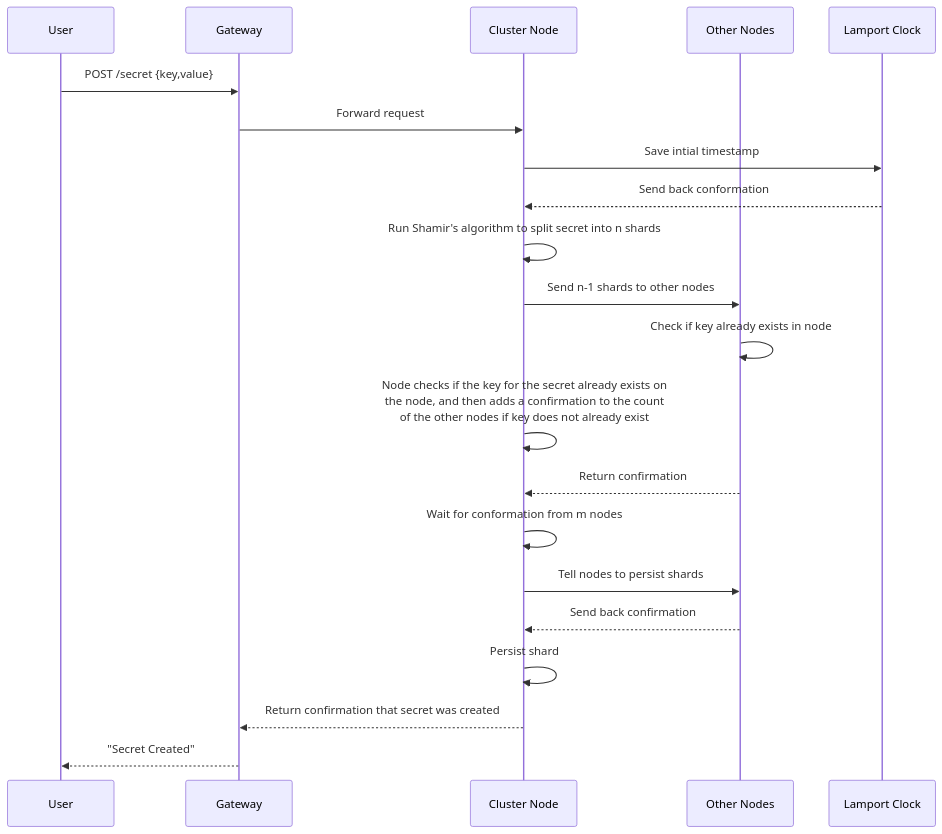
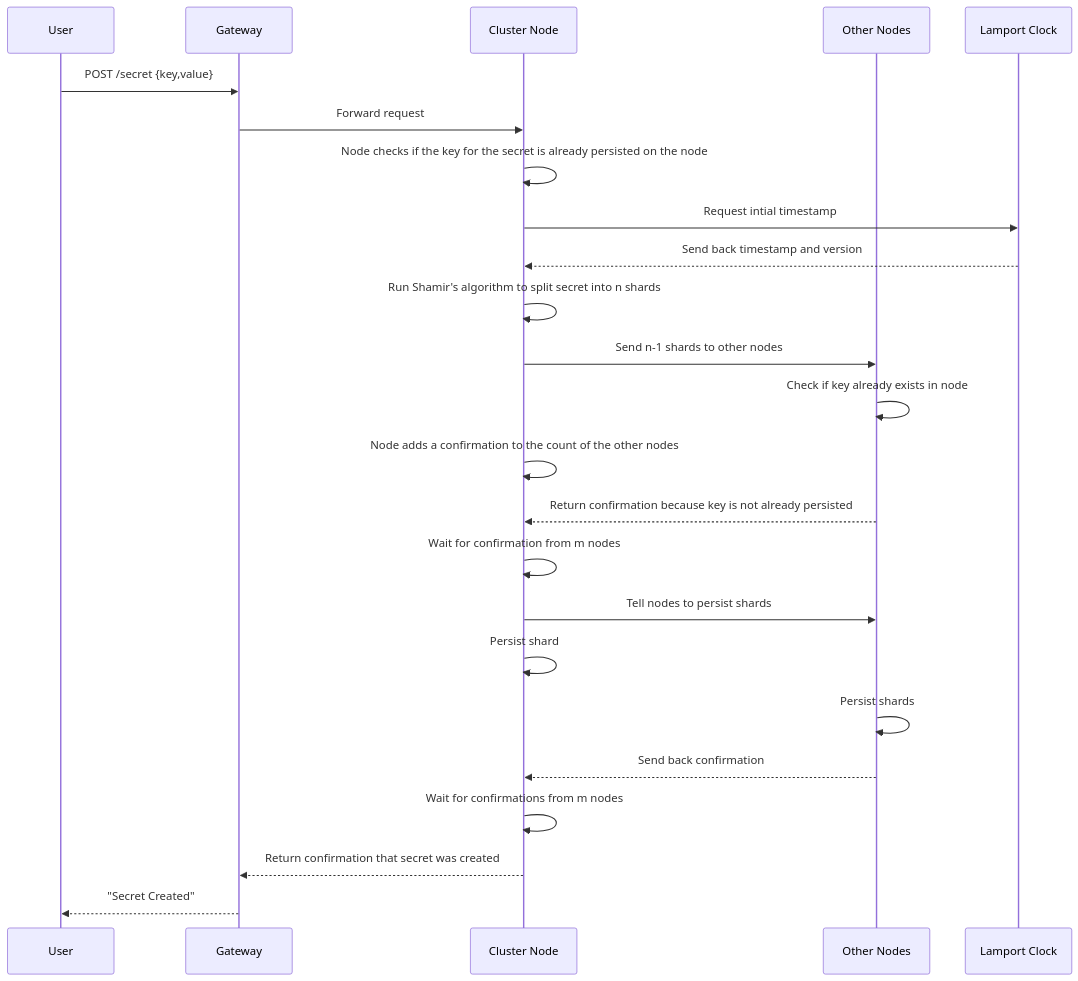
The first of 2 diagrams in docs/crud/create.md (S26-Distributed-Capstone/DistributedSecretsVault), drawn with Mermaid before and after one commit. The commit also changed other lines of this file, not shown here.

````diff
--- a/docs/crud/create.md
+++ b/docs/crud/create.md
@@ -32,24 +34,27 @@
 ```mermaid
 sequenceDiagram
     participant User
     participant Gateway
     participant Node as Cluster Node
     participant Peers as Other Nodes
     participant Clock as Lamport Clock
 
     User->>Gateway: POST /secret {key,value}
     Gateway->>Node: Forward request
-    Node->>Clock: Save intial timestamp
-    Clock-->>Node: Send back conformation
+    Node->>Node: Node checks if the key for the secret is already persisted on the node
+    Node->>Clock: Request intial timestamp
+    Clock-->>Node: Send back timestamp and version
     Node->>Node: Run Shamir's algorithm to split secret into n shards
     Node->>Peers: Send n-1 shards to other nodes
     Peers->>Peers: Check if key already exists in node
-    Node->>Node: Node checks if the key for the secret already exists on<br> the node, and then adds a confirmation to the count <br>of the other nodes if key does not already exist
-    Peers-->>Node: Return confirmation
-    Node->>Node: Wait for conformation from m nodes
+    Node->>Node: Node adds a confirmation to the count of the other nodes
+    Peers-->>Node: Return confirmation because key is not already persisted
+    Node->>Node: Wait for confirmation from m nodes
     Node->>Peers: Tell nodes to persist shards
+    Node->>Node: Persist shard
+    Peers->>Peers: Persist shards
     Peers-->>Node: Send back confirmation
-    Node->>Node: Persist shard
+    Node->>Node: Wait for confirmations from m nodes
     Node-->>Gateway: Return confirmation that secret was created
     Gateway-->>User: "Secret Created"
 ```
````
